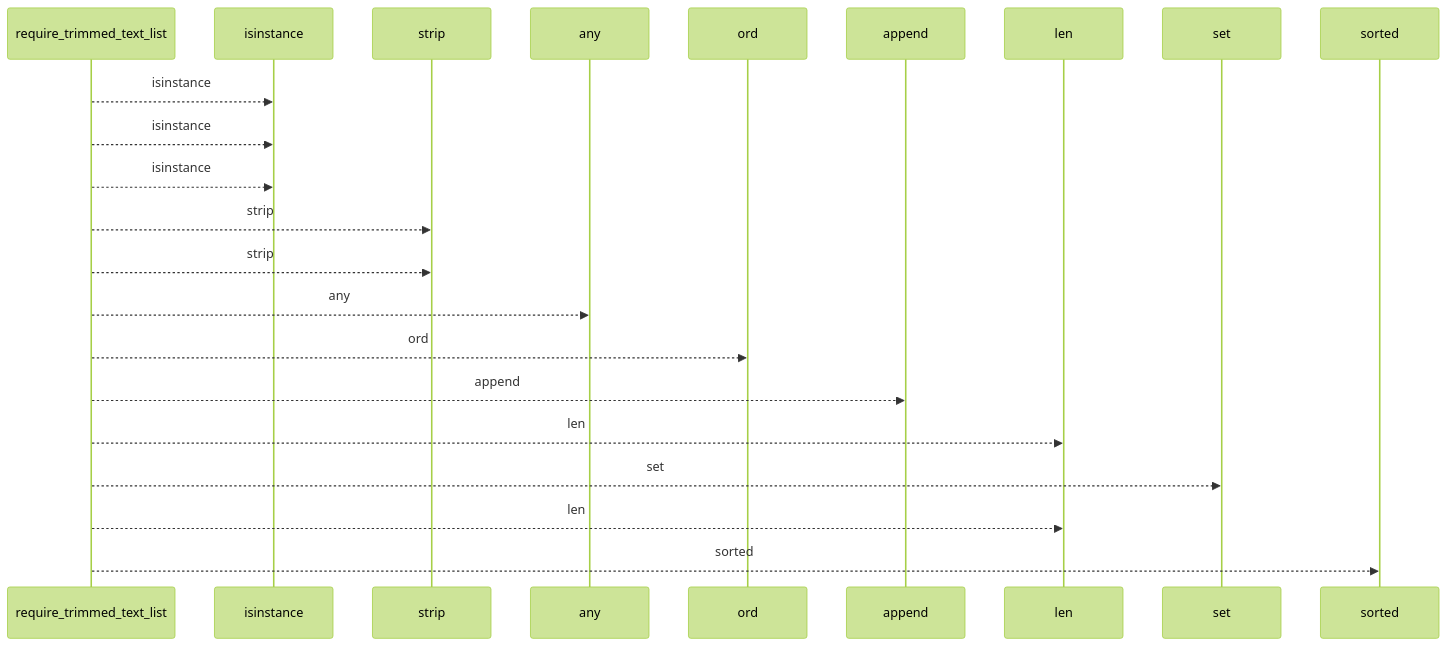
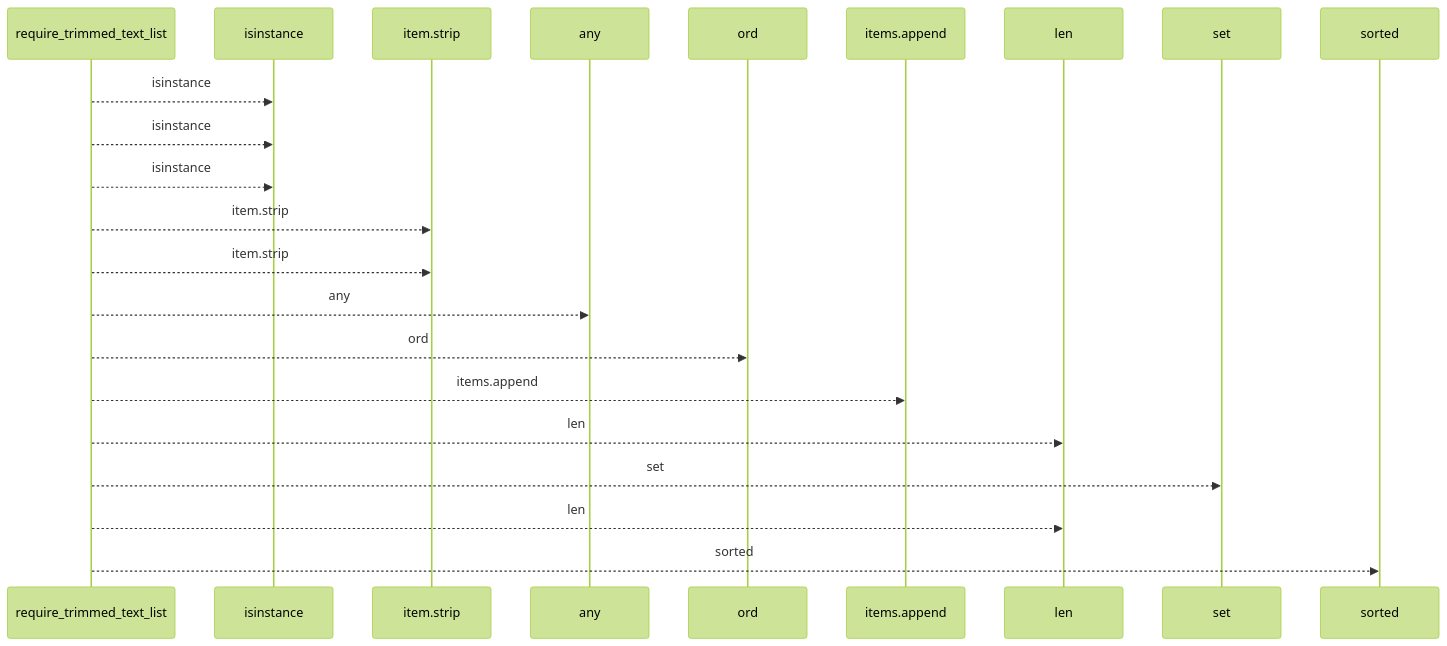
The first of 2 diagrams in docs/llm_wiki/flows/api-require_trimmed_text_list.md (Denissvgn/python-wiki-llm), drawn with Mermaid (forest theme) before and after one commit. The commit also changed other lines of this file and 719 other files, not shown here.

````diff
--- a/docs/llm_wiki/flows/api-require_trimmed_text_list.md
+++ b/docs/llm_wiki/flows/api-require_trimmed_text_list.md
@@ -10,24 +10,24 @@
 ```mermaid
 sequenceDiagram
     participant p0 as require_trimmed_text_list
     participant p1 as isinstance
-    participant p2 as strip
+    participant p2 as item.strip
     participant p3 as any
     participant p4 as ord
-    participant p5 as append
+    participant p5 as items.append
     participant p6 as len
     participant p7 as set
     participant p8 as sorted
     p0-->>p1: isinstance
     p0-->>p1: isinstance
     p0-->>p1: isinstance
-    p0-->>p2: strip
-    p0-->>p2: strip
+    p0-->>p2: item.strip
+    p0-->>p2: item.strip
     p0-->>p3: any
     p0-->>p4: ord
-    p0-->>p5: append
+    p0-->>p5: items.append
     p0-->>p6: len
     p0-->>p7: set
     p0-->>p6: len
     p0-->>p8: sorted
 ```
````
